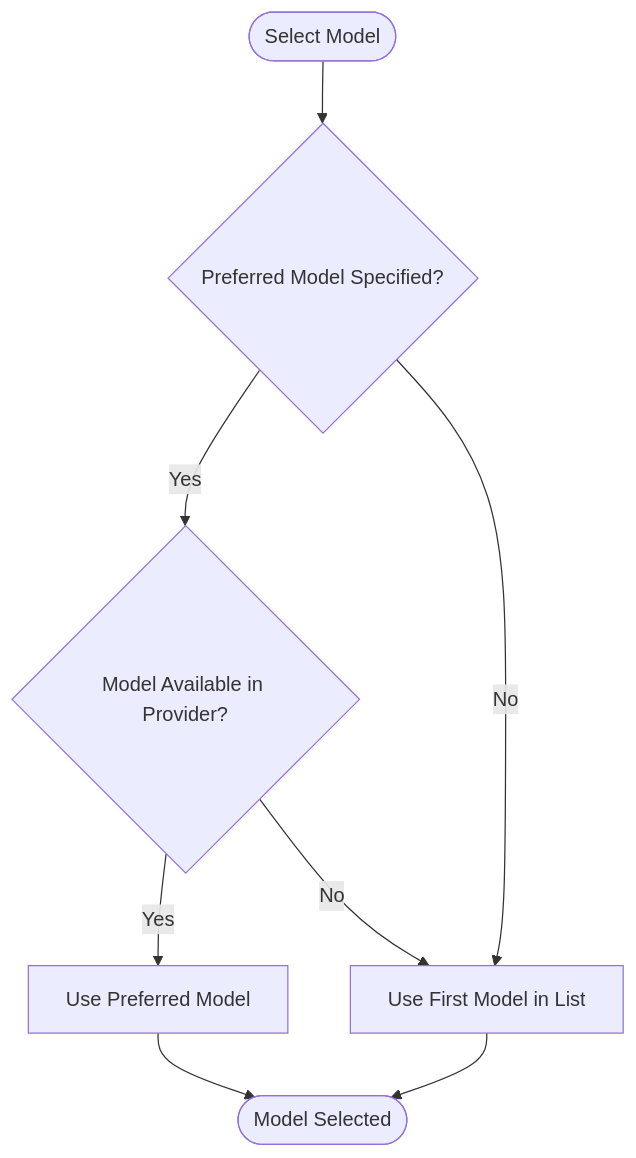
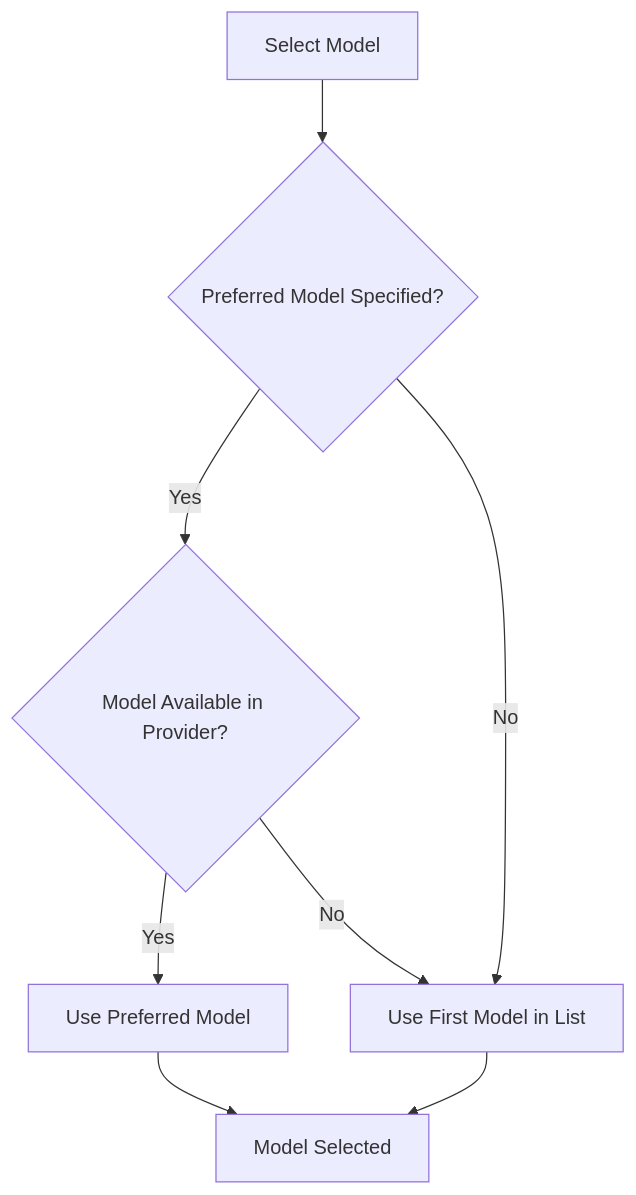
The fourth of 4 diagrams in docs/Architecture & Design/Key Design Patterns/Strategy Pattern for LLM Provider Selection.md (Likhithsai2580/RAVANA-WIKI), drawn with Mermaid before and after one commit. The commit also changed 52 other files, not shown here.

First line of the commit message:
chore(docs): update documentation content, fix Mermaid diagrams, and enhance README

````diff
--- a/docs/Architecture & Design/Key Design Patterns/Strategy Pattern for LLM Provider Selection.md
+++ b/docs/Architecture & Design/Key Design Patterns/Strategy Pattern for LLM Provider Selection.md
@@ -209,10 +209,10 @@
 ```mermaid
 flowchart TD
-Start([Select Model]) --> CheckPreferred{"Preferred Model Specified?"}
+Start["Select Model"] --> CheckPreferred{"Preferred Model Specified?"}
 CheckPreferred --> |Yes| CheckAvailable{"Model Available in Provider?"}
 CheckPreferred --> |No| UseFirst["Use First Model in List"]
 CheckAvailable --> |Yes| UsePreferred["Use Preferred Model"]
 CheckAvailable --> |No| UseFirst
-UsePreferred --> End([Model Selected])
+UsePreferred --> End["Model Selected"]
 UseFirst --> End
 ```
````
